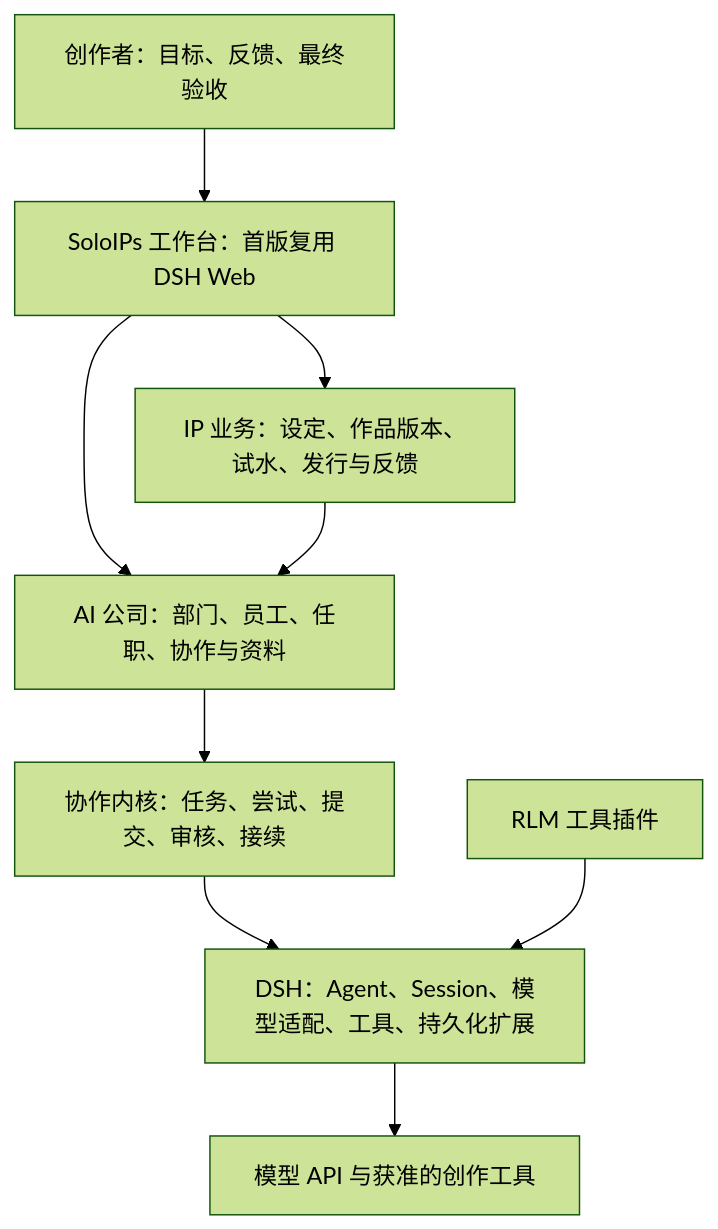
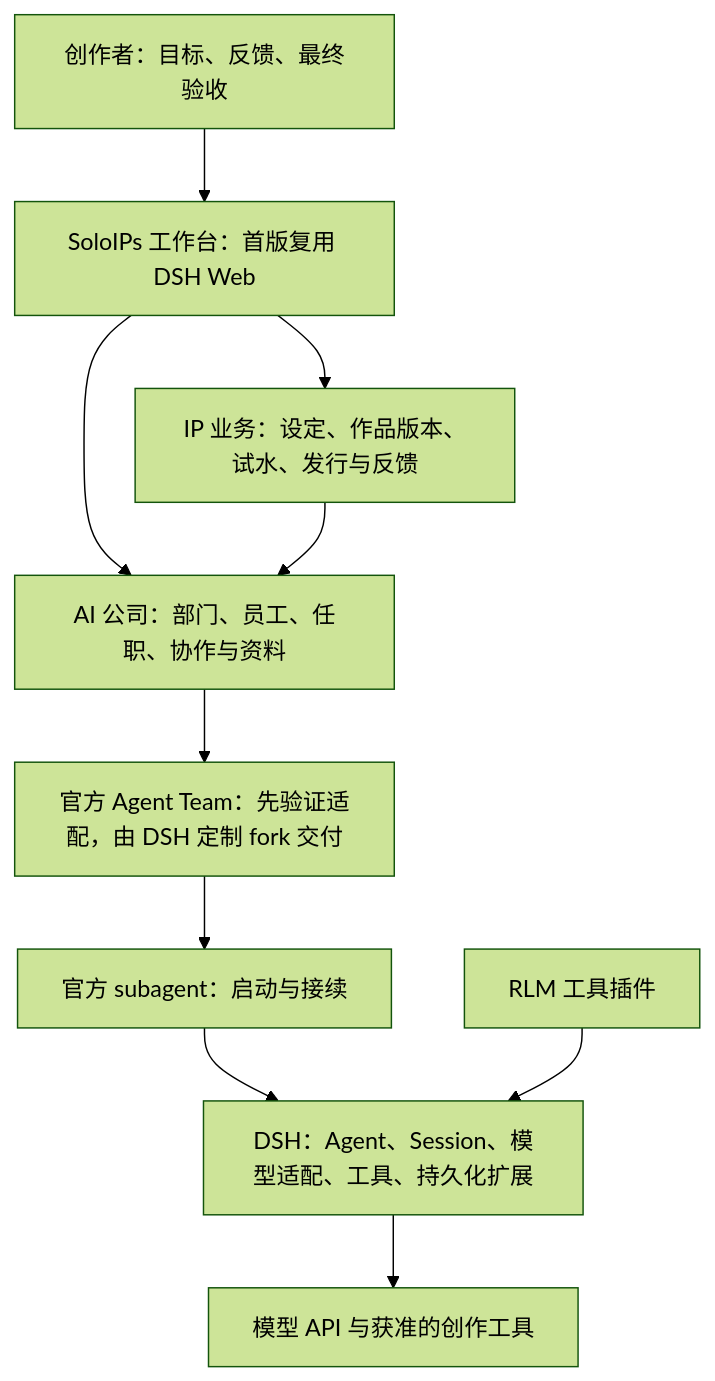
One commit to leinasi2014/soloips changed the diagram in docs/architecture.md. Above: the diagram before and after it, drawn with Mermaid (forest theme). The commit also changed other lines of this file and 7 other files, not shown here.

````diff
--- a/docs/architecture.md
+++ b/docs/architecture.md
@@ -35,11 +35,12 @@
 ```mermaid
 flowchart TB
     U[创作者：目标、反馈、最终验收] --> W[SoloIPs 工作台：首版复用 DSH Web]
     W --> P[IP 业务：设定、作品版本、试水、发行与反馈]
     W --> C[AI 公司：部门、员工、任职、协作与资料]
     P --> C
-    C --> T[协作内核：任务、尝试、提交、审核、接续]
-    T --> D[DSH：Agent、Session、模型适配、工具、持久化扩展]
+    C --> T[官方 Agent Team：先验证适配，由 DSH 定制 fork 交付]
+    T --> S[官方 subagent：启动与接续]
+    S --> D[DSH：Agent、Session、模型适配、工具、持久化扩展]
     D --> M[模型 API 与获准的创作工具]
     R[RLM 工具插件] --> D
 ```
````
